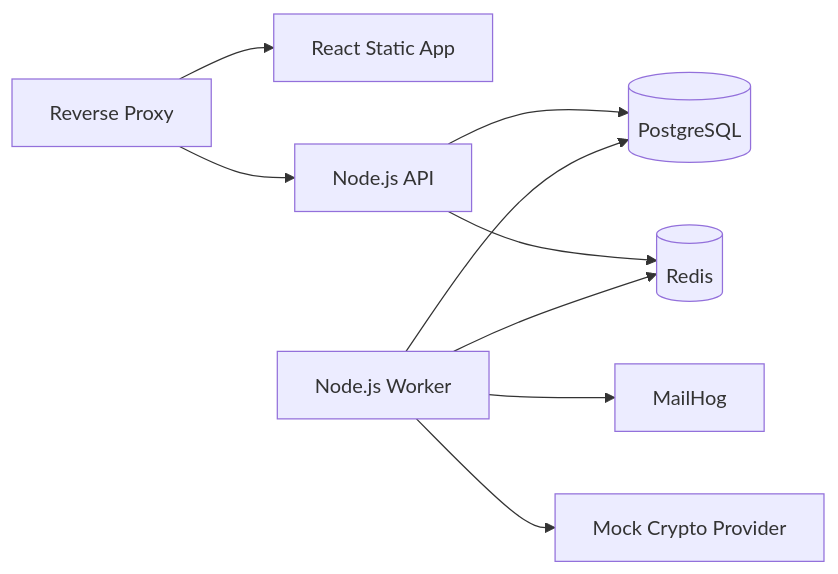
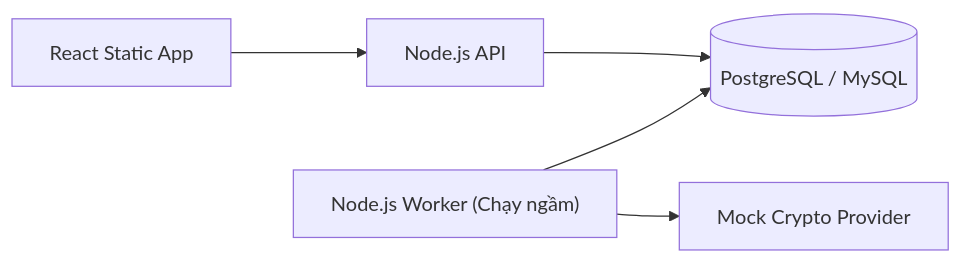
Diagram 13 of 15 in implementation_plan.md (Eyblcat12/Cryta), drawn with Mermaid before and after one commit. The commit also changed other lines of this file, not shown here.

````diff
--- a/implementation_plan.md
+++ b/implementation_plan.md
@@ -1377,11 +1515,12 @@
 ```mermaid
 flowchart LR
-    NGINX["Reverse Proxy"] --> WEB["React Static App"]
-    NGINX --> API["Node.js API"]
-    API --> PG[("PostgreSQL")]
-    API --> REDIS[("Redis")]
-    WORKER["Node.js Worker"] --> PG
-    WORKER --> REDIS
-    WORKER --> MAIL["MailHog"]
+    WEB["React Static App"]
+    API["Node.js API"]
+    PG[("PostgreSQL / MySQL")]
+    WORKER["Node.js Worker (Chạy ngầm)"]
+
+    WEB --> API
+    API --> PG
+    WORKER --> PG
     WORKER --> MOCK["Mock Crypto Provider"]
 ```
````
